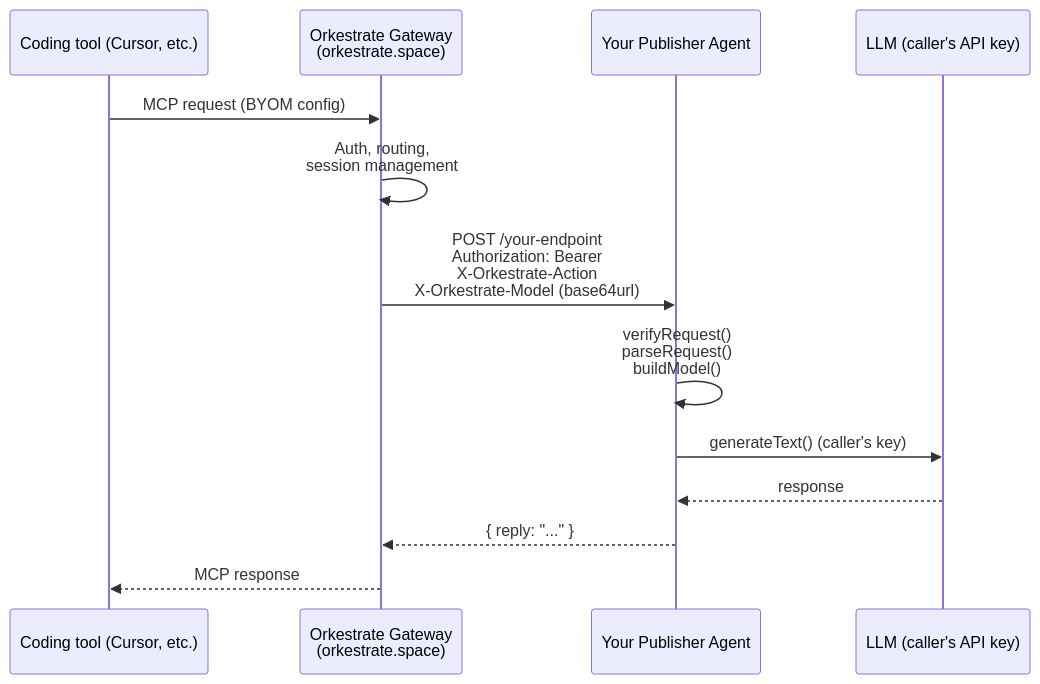
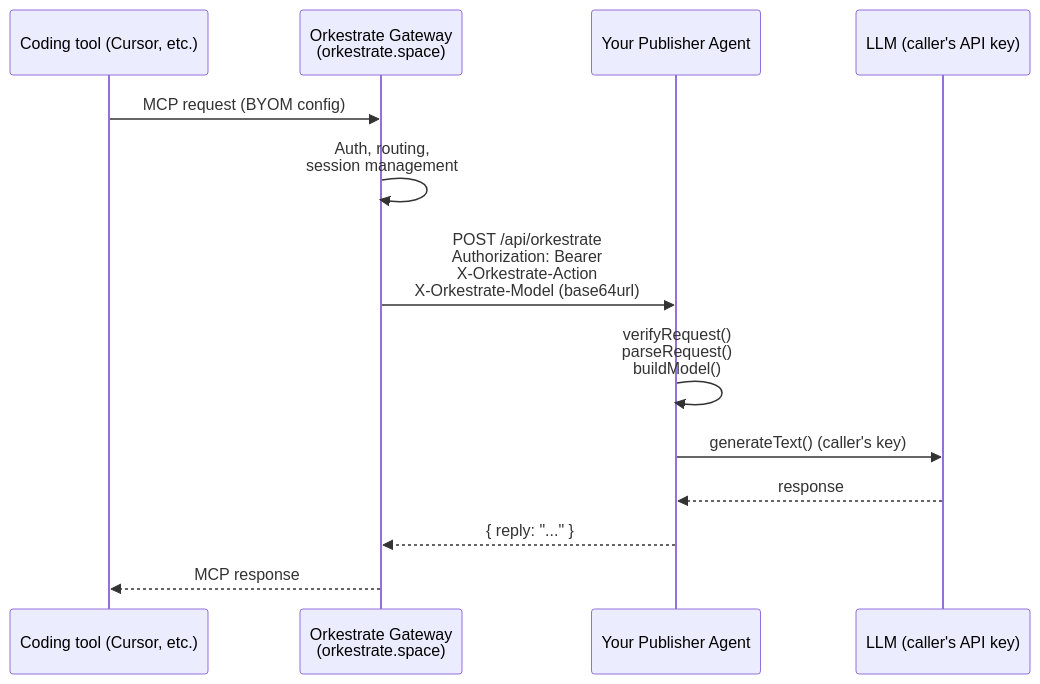
One commit to system1970/orkestrate-sdk changed the diagram in README.md. Above: the diagram before and after it, drawn with Mermaid.

Commit message:
Fix Mermaid diagram path to /api/orkestrate

````diff
--- a/README.md
+++ b/README.md
@@ -15,16 +15,16 @@
 ```mermaid
 sequenceDiagram
     participant Coder as Coding tool (Cursor, etc.)
     participant GW as Orkestrate Gateway<br/>(orkestrate.space)
     participant Agent as Your Publisher Agent
     participant LLM as LLM (caller's API key)
 
     Coder->>GW: MCP request (BYOM config)
     GW->>GW: Auth, routing,<br/>session management
-    GW->>Agent: POST /your-endpoint<br/>Authorization: Bearer<br/>X-Orkestrate-Action<br/>X-Orkestrate-Model (base64url)
+    GW->>Agent: POST /api/orkestrate<br/>Authorization: Bearer<br/>X-Orkestrate-Action<br/>X-Orkestrate-Model (base64url)
     Agent->>Agent: verifyRequest()<br/>parseRequest()<br/>buildModel()
     Agent->>LLM: generateText() (caller's key)
     LLM-->>Agent: response
     Agent-->>GW: { reply: "..." }
     GW-->>Coder: MCP response
 ```
````
